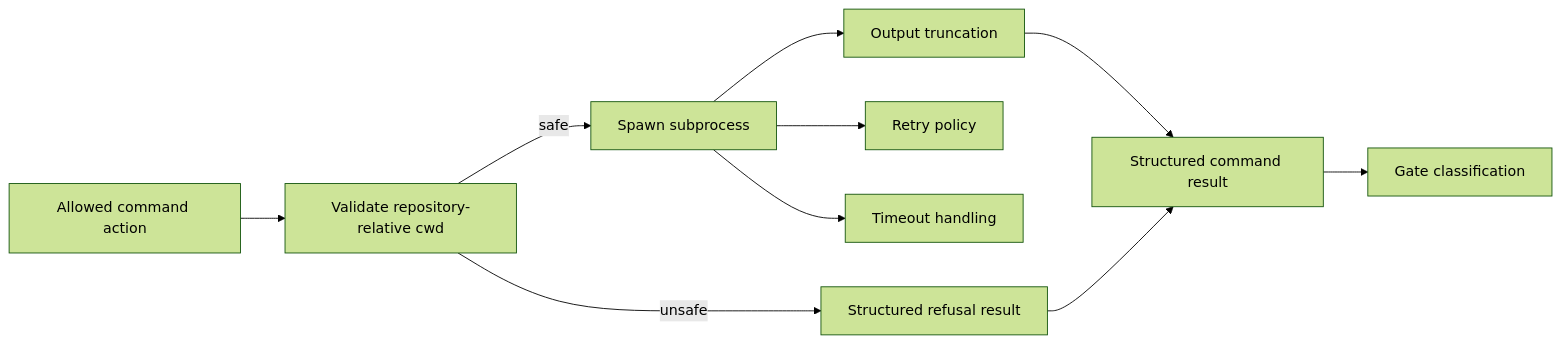
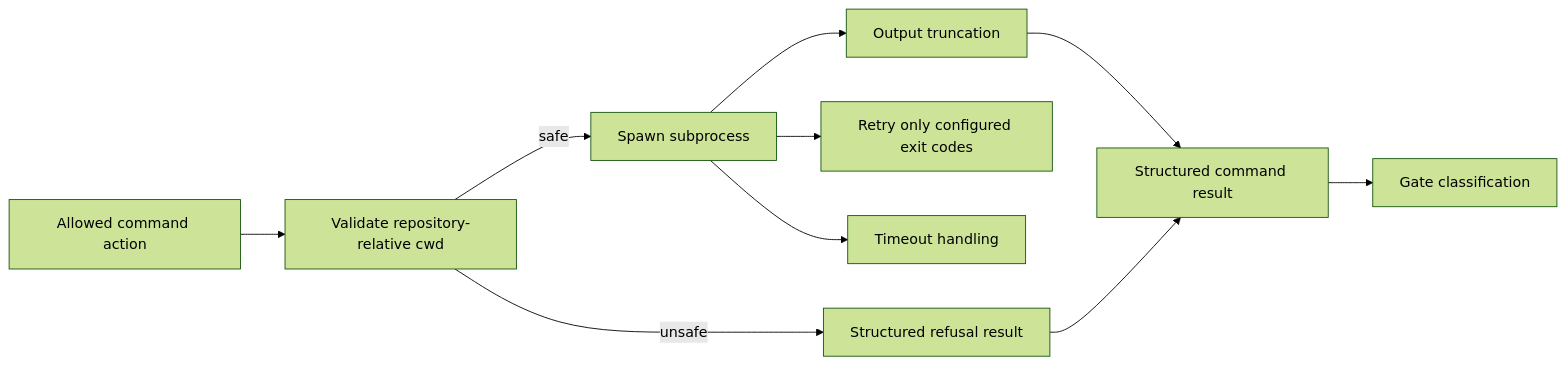
Before and after one commit to VannaDii/ironloom: the diagram in packages/execution/README.md, drawn with Mermaid (forest theme). The commit also changed other lines of this file and 168 other files, not shown here.

````diff
--- a/packages/execution/README.md
+++ b/packages/execution/README.md
@@ -11,12 +11,12 @@
 ```mermaid
 flowchart LR
   Policy[Allowed command action] --> Cwd[Validate repository-relative cwd]
   Cwd -->|safe| Execute[Spawn subprocess]
   Cwd -->|unsafe| Refuse[Structured refusal result]
-  Execute --> Retry[Retry policy]
+  Execute --> Retry[Retry only configured exit codes]
   Execute --> Timeout[Timeout handling]
   Execute --> Output[Output truncation]
   Output --> Result[Structured command result]
   Refuse --> Result
   Result --> Gates[Gate classification]
 ```
````
